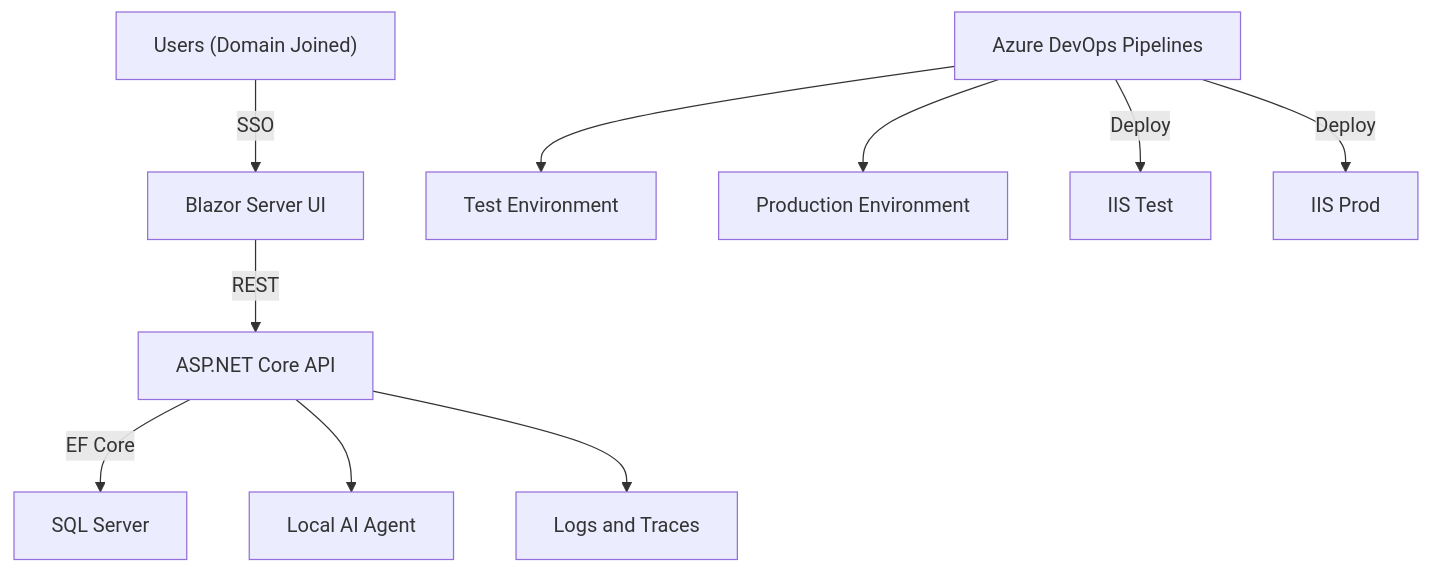
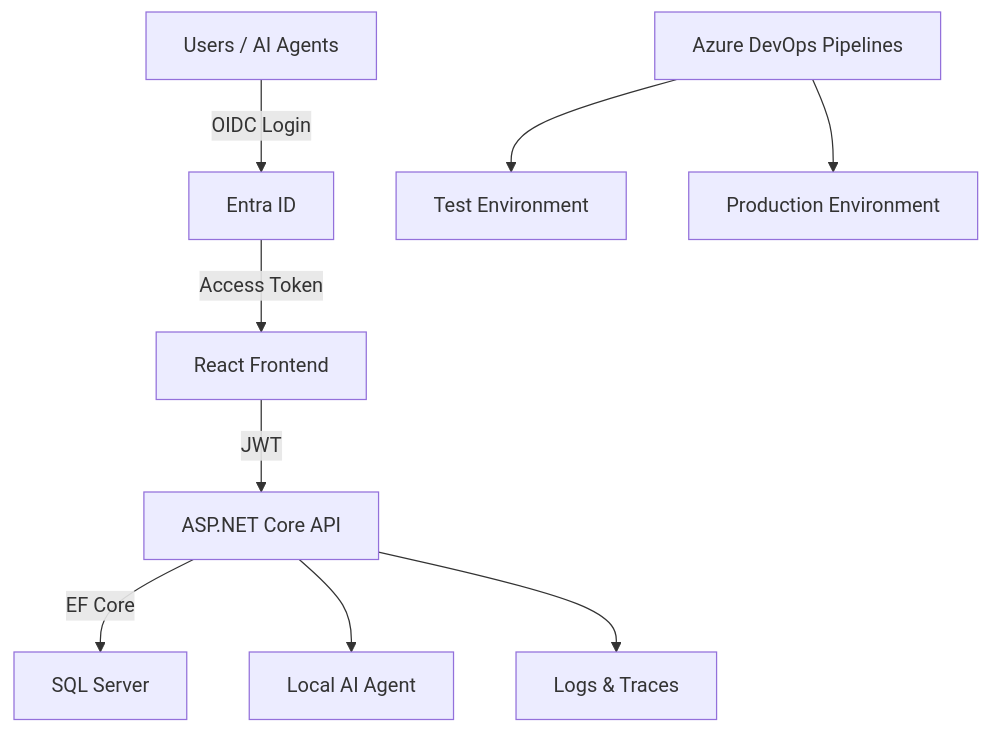
Before and after one commit to mikethemerchant/FullStackDevOpsDotNet: the diagram in README.md, drawn with Mermaid. The commit also changed other lines of this file, not shown here.

Commit message:
update Future State System Specification to version 5, transitioning to a React-based architecture and enhancing security and deployment workflows

````diff
--- a/README.md
+++ b/README.md
@@ -39,12 +43,11 @@
 ```mermaid
 graph TD
-    A["Users (Domain Joined)"] -->|SSO| B["Blazor Server UI"]
-    B -->|REST| C["ASP.NET Core API"]
-    C -->|EF Core| D["SQL Server"]
-    C --> E["Local AI Agent"]
-    C --> K["Logs and Traces"]
-    F["Azure DevOps Pipelines"] --> G["Test Environment"]
-    F --> H["Production Environment"]
-    F -->|Deploy| I["IIS Test"]
-    F -->|Deploy| J["IIS Prod"]
+    A[Users / AI Agents] -->|OIDC Login| B[Entra ID]
+    B -->|Access Token| C[React Frontend]
+    C -->|JWT| D[ASP.NET Core API]
+    D -->|EF Core| E[SQL Server]
+    D --> F[Local AI Agent]
+    D --> G[Logs & Traces]
+    H[Azure DevOps Pipelines] --> I[Test Environment]
+    H --> J[Production Environment]
 ```
````
